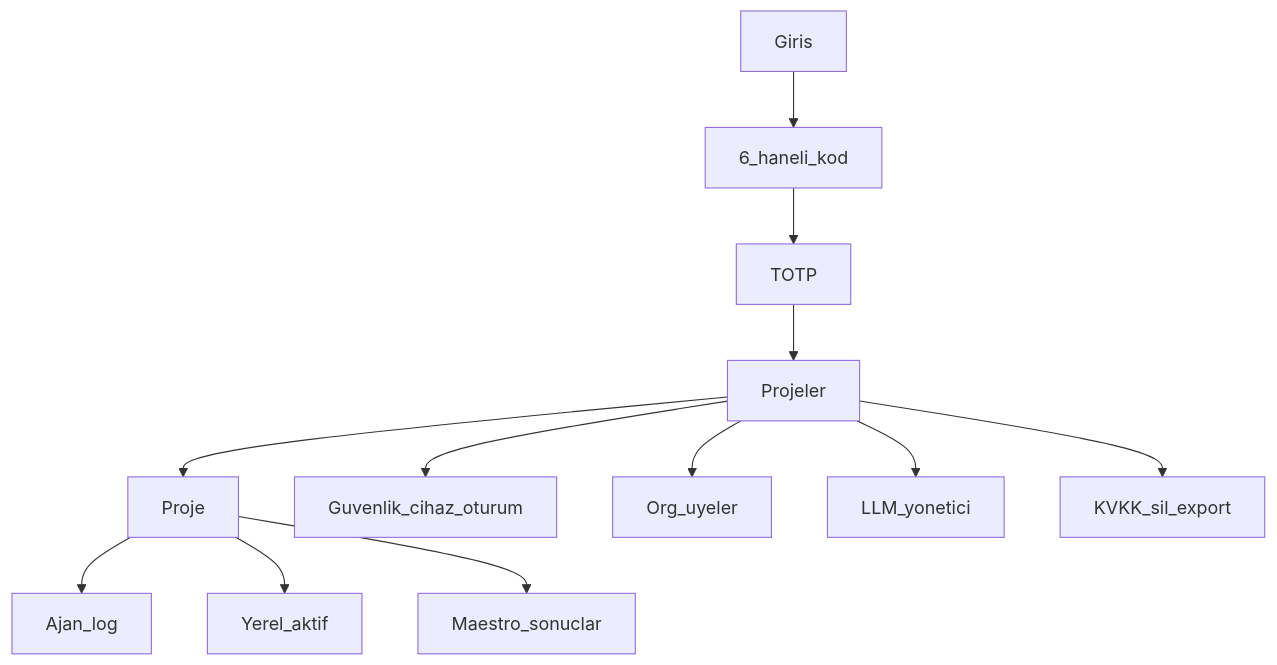
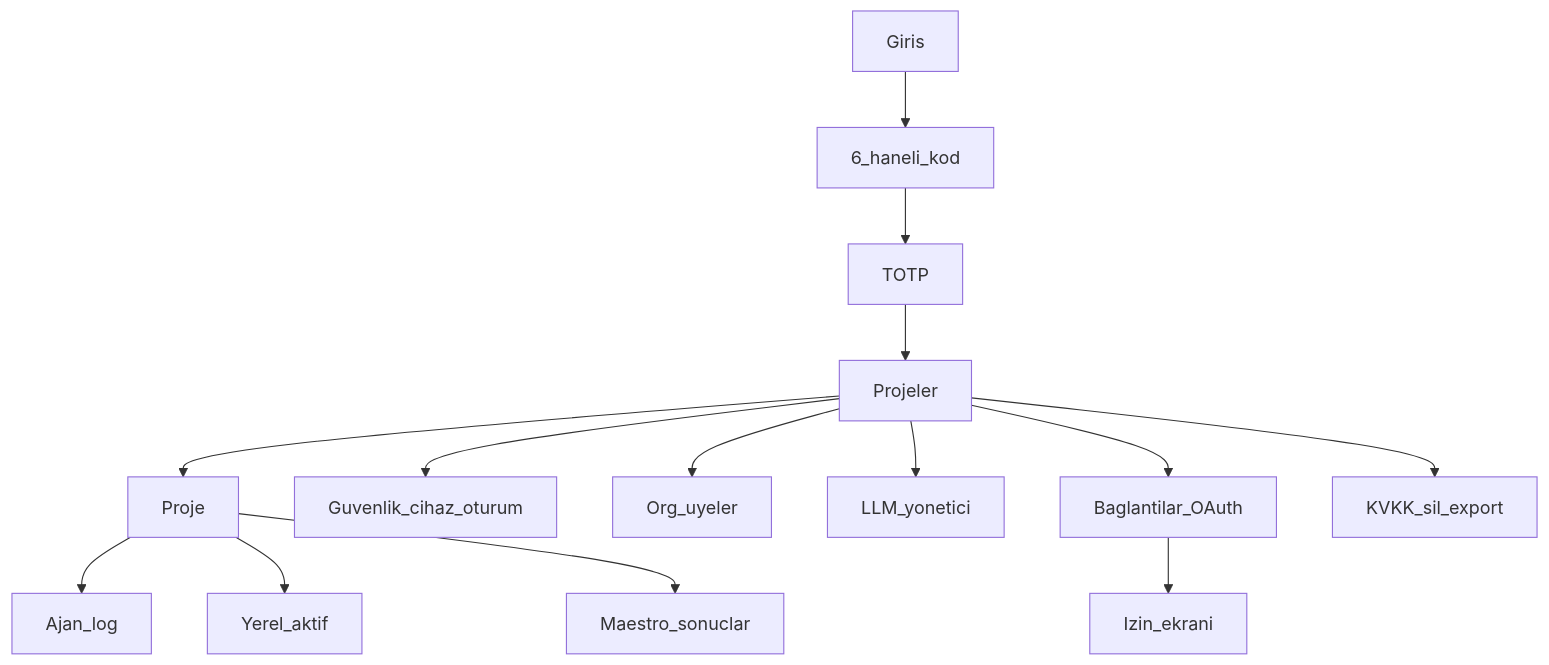
The first of 2 diagrams in docs/frontend.md (emrahyasinisik/Cherry), drawn with Mermaid before and after one commit. The commit also changed 28 other files, not shown here.

First line of the commit message:
Add OAuth 2.0 consent screens and provider logos to Connections.

````diff
--- a/docs/frontend.md
+++ b/docs/frontend.md
@@ -11,14 +11,16 @@
 ```mermaid
 flowchart TB
   Login[Giris] --> Code[6_haneli_kod]
   Code --> TOTP[TOTP]
   TOTP --> Home[Projeler]
   Home --> Project[Proje]
   Project --> Agent[Ajan_log]
   Project --> Activate[Yerel_aktif]
   Project --> Maestro[Maestro_sonuclar]
   Home --> Security[Guvenlik_cihaz_oturum]
   Home --> Org[Org_uyeler]
   Home --> LLMAdmin[LLM_yonetici]
+  Home --> Connections[Baglantilar_OAuth]
   Home --> Privacy[KVKK_sil_export]
+  Connections --> Consent[Izin_ekrani]
 ```
````
